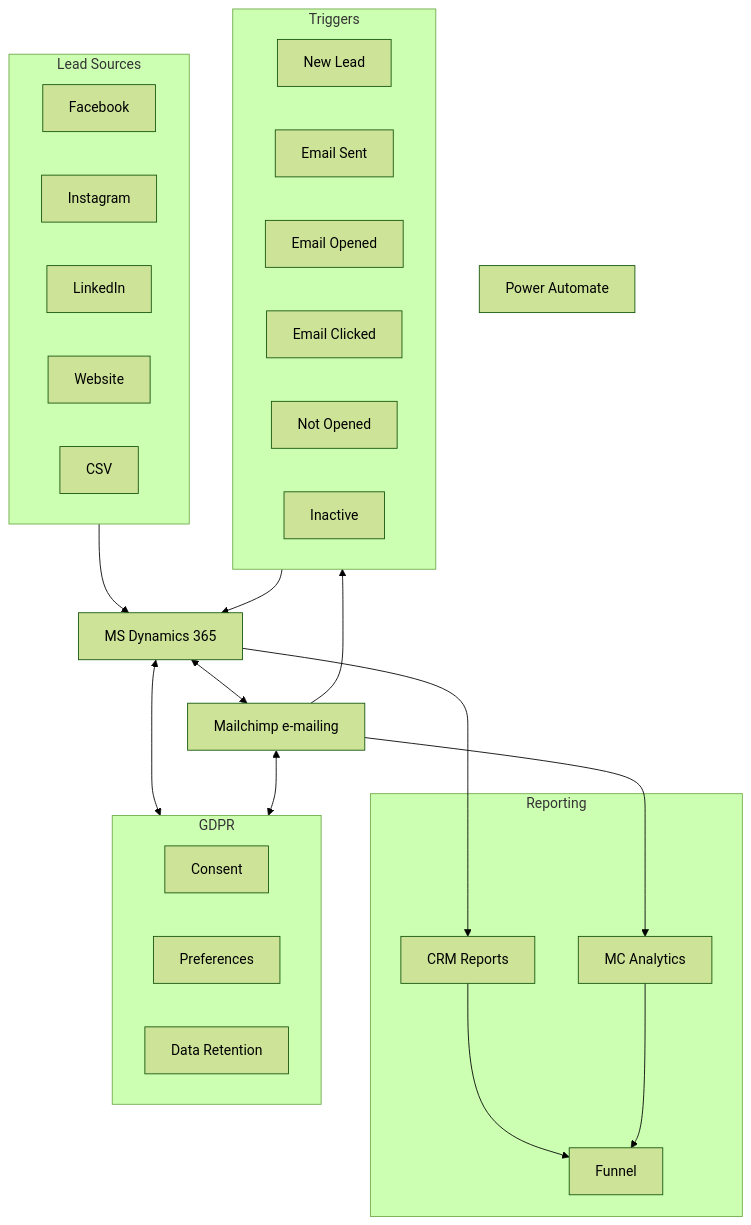
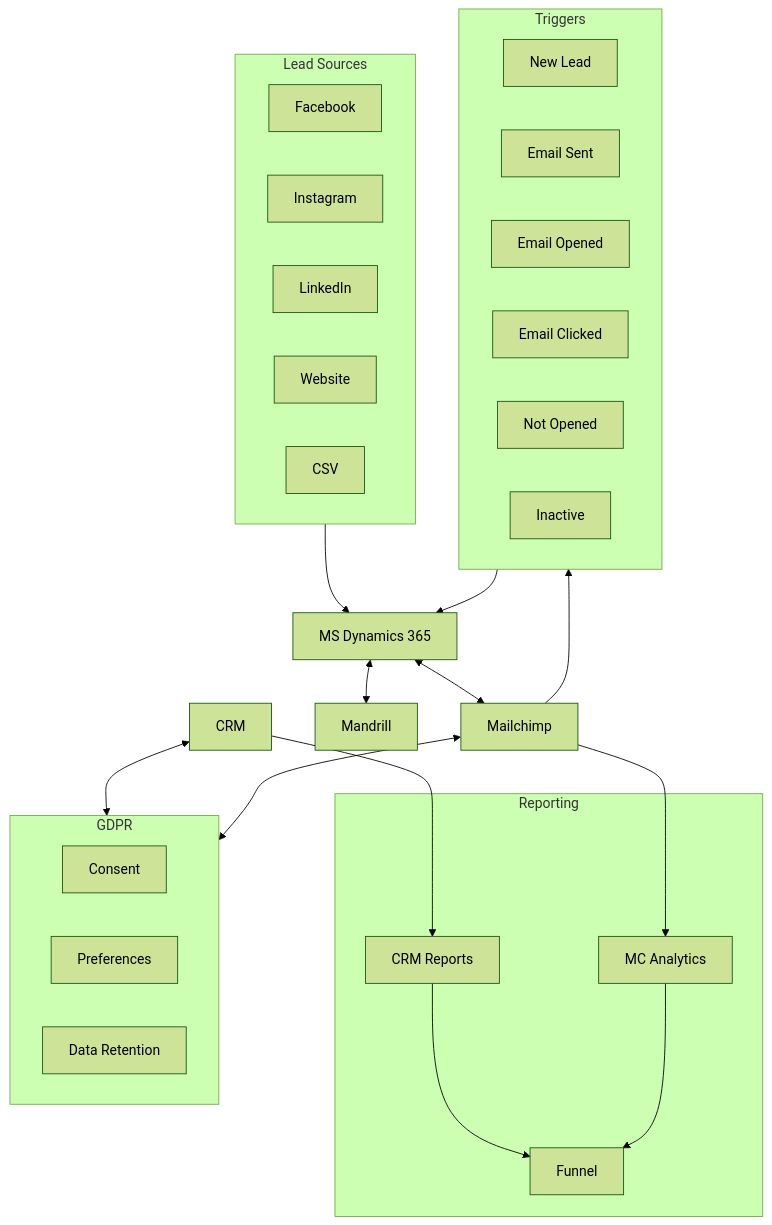
Before and after one commit to 0Richard/GTM: the second of 2 diagrams in readme.md, drawn with Mermaid (forest theme). The commit also changed other lines of this file, not shown here.

````diff
--- a/readme.md
+++ b/readme.md
@@ -81,54 +75,55 @@
 ```mermaid
 flowchart TD
     %% Lead Sources
     subgraph LS["Lead Sources"]
         FB["Facebook"]
         IG["Instagram"]
         LI["LinkedIn"]
         Web["Website"]
         CSV["CSV"]
     end
 
     %% Core Systems
-    CRM["MS Dynamics 365"]
-    PA["Power Automate"]
-    MC["Mailchimp e-mailing"]
+    DCRM["MS Dynamics 365"]
+    MC["Mailchimp"]
+    EM["Mandrill"]
 
     %% Event Triggers
     subgraph TR["Triggers"]
         NL["New Lead"]
         ES["Email Sent"]
         EO["Email Opened"]
         EC["Email Clicked"]
         NO["Not Opened"]
         IA["Inactive"]
     end
 
     %% Data Flow
-    LS --> CRM
-    CRM <--> MC
+    LS --> DCRM
+    DCRM <--> MC
+    DCRM <--> EM
     MC --> TR
-    TR --> CRM
+    TR --> DCRM
 
     %% Reporting
     subgraph RP["Reporting"]
         CR["CRM Reports"]
         MA["MC Analytics"]
         FN["Funnel"]
     end
 
     CRM --> CR
     MC --> MA
     CR --> FN
     MA --> FN
 
     %% GDPR
     subgraph GD["GDPR"]
         CO["Consent"]
         PF["Preferences"]
         DR["Data Retention"]
     end
 
     CRM <--> GD
     MC <--> GD
 ```
````
